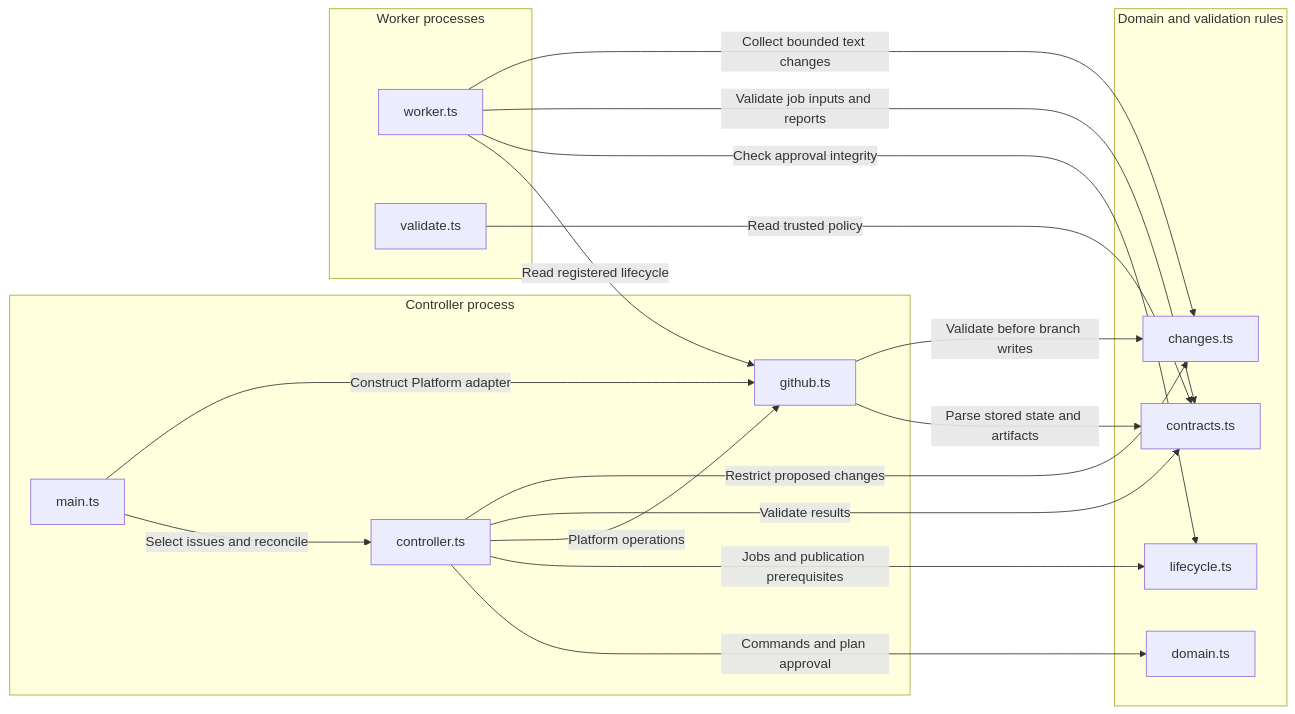
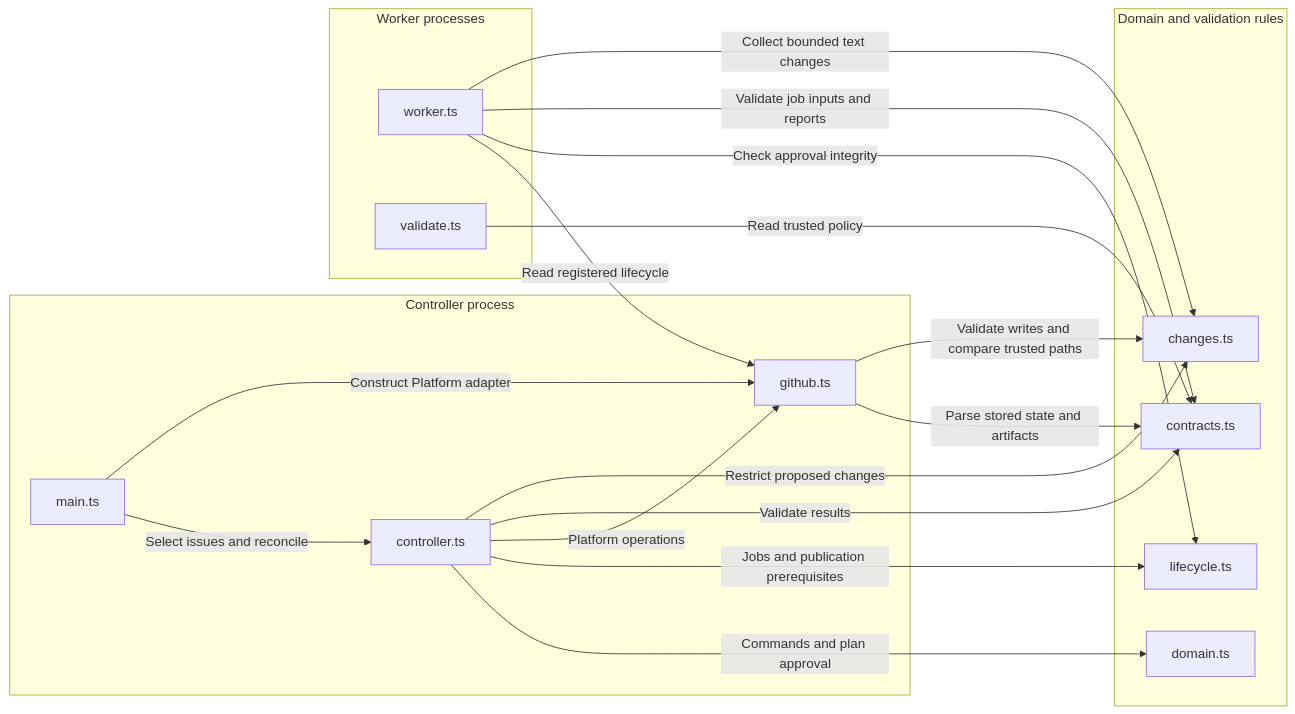
One commit to dav1dc-cs-test-org/agentic-sdlc-prototype changed the seventh of 7 diagrams in docs/architecture.md. Above: the diagram before and after it, drawn with Mermaid. The commit also changed other lines of this file and 16 other files, not shown here.

````diff
--- a/docs/architecture.md
+++ b/docs/architecture.md
@@ -493,32 +502,32 @@
 ```mermaid
 flowchart LR
     subgraph ComponentControl["Controller process"]
         ComponentMain["main.ts"]
         ComponentController["controller.ts"]
         ComponentGitHub["github.ts"]
     end
     subgraph ComponentRules["Domain and validation rules"]
         ComponentDomain["domain.ts"]
         ComponentLifecycle["lifecycle.ts"]
         ComponentContracts["contracts.ts"]
         ComponentChanges["changes.ts"]
     end
     subgraph ComponentExecution["Worker processes"]
         ComponentWorker["worker.ts"]
         ComponentValidate["validate.ts"]
     end
     ComponentMain -->|"Select issues and reconcile"| ComponentController
     ComponentMain -->|"Construct Platform adapter"| ComponentGitHub
     ComponentController -->|"Commands and plan approval"| ComponentDomain
     ComponentController -->|"Jobs and publication prerequisites"| ComponentLifecycle
     ComponentController -->|"Platform operations"| ComponentGitHub
     ComponentController -->|"Validate results"| ComponentContracts
     ComponentController -->|"Restrict proposed changes"| ComponentChanges
     ComponentGitHub -->|"Parse stored state and artifacts"| ComponentContracts
-    ComponentGitHub -->|"Validate before branch writes"| ComponentChanges
+    ComponentGitHub -->|"Validate writes and compare trusted paths"| ComponentChanges
     ComponentWorker -->|"Read registered lifecycle"| ComponentGitHub
     ComponentWorker -->|"Check approval integrity"| ComponentLifecycle
     ComponentWorker -->|"Validate job inputs and reports"| ComponentContracts
     ComponentWorker -->|"Collect bounded text changes"| ComponentChanges
     ComponentValidate -->|"Read trusted policy"| ComponentContracts
 ```
````
